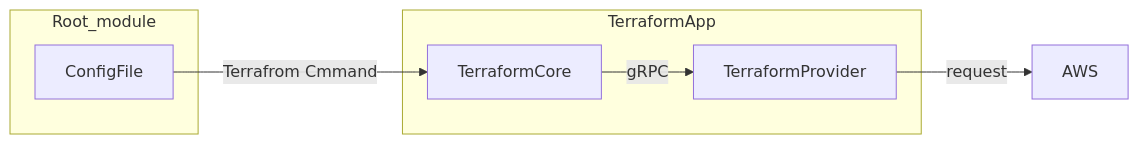
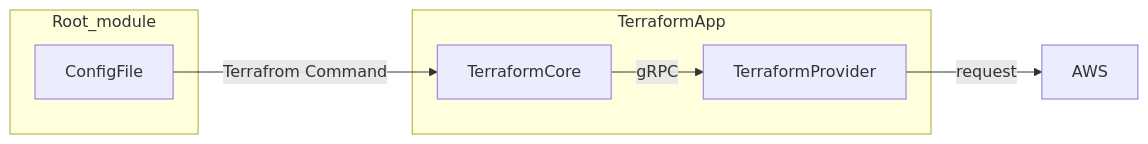
One commit to tech-strategy-team/gap-analyst-update changed the diagram in aws/terraform/doc/terraform.md. Above: the diagram before and after it, drawn with Mermaid. The commit also changed other lines of this file, not shown here.

````diff
--- a/aws/terraform/doc/terraform.md
+++ b/aws/terraform/doc/terraform.md
@@ -7,16 +7,16 @@
 ```mermaid
 flowchart LR
 
 subgraph Root_module
     ConfigFile
 end
 
-ConfigFile --Terrafrom Cmmand--> TerraformCore
+ConfigFile --Terrafrom Command--> TerraformCore
 
 subgraph TerraformApp
     TerraformCore --gRPC-->TerraformProvider
 end
 
 TerraformProvider--request-->AWS
 
 ```
````
